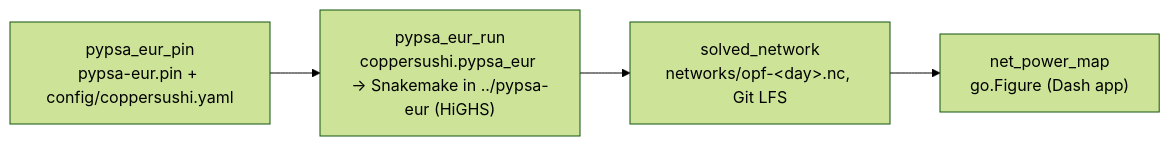
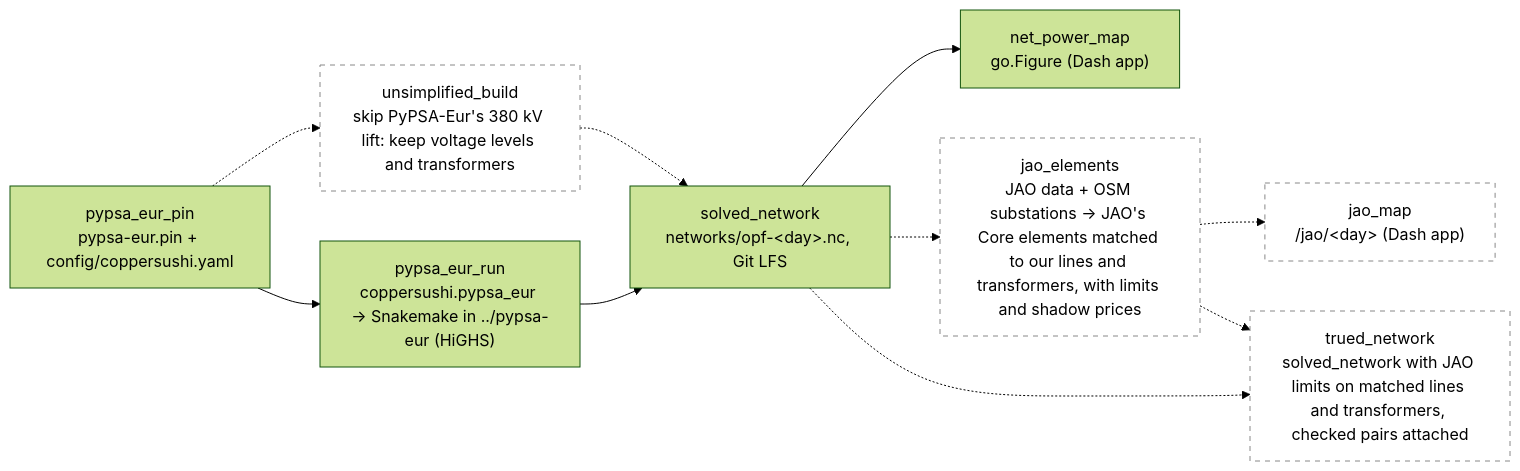
Before and after one commit to zoltanmaric/coppersushi: the diagram in wiki/sushi-2.md, drawn with Mermaid (forest theme). The commit also changed 3 other files, not shown here.

````diff
--- a/wiki/sushi-2.md
+++ b/wiki/sushi-2.md
@@ -16,14 +16,25 @@
 ```mermaid
 flowchart LR
     classDef planned stroke-dasharray: 5 5,stroke:#888,fill:none
 
     net_power_map["net_power_map<br/>go.Figure (Dash app)"]
 
     pypsa_eur_pin["pypsa_eur_pin<br/>pypsa-eur.pin + config/coppersushi.yaml"]
     pypsa_eur_run["pypsa_eur_run<br/>coppersushi.pypsa_eur → Snakemake in ../pypsa-eur (HiGHS)"]
     solved_network["solved_network<br/>networks/opf-&lt;day&gt;.nc, Git LFS"]
 
+    unsimplified["unsimplified_build<br/>skip PyPSA-Eur's 380 kV lift: keep voltage levels and transformers"]:::planned
+    jao_elements["jao_elements<br/>JAO data + OSM substations → JAO's Core elements matched to our lines and transformers, with limits and shadow prices"]:::planned
+    jao_map["jao_map<br/>/jao/&lt;day&gt; (Dash app)"]:::planned
+    trued_network["trued_network<br/>solved_network with JAO limits on matched lines and transformers, checked pairs attached"]:::planned
+
     pypsa_eur_pin --> pypsa_eur_run
+    pypsa_eur_pin -.-> unsimplified
+    unsimplified -.-> solved_network
     pypsa_eur_run --> solved_network
     solved_network --> net_power_map
+    solved_network -.-> jao_elements
+    jao_elements -.-> jao_map
+    jao_elements -.-> trued_network
+    solved_network -.-> trued_network
 ```
````
